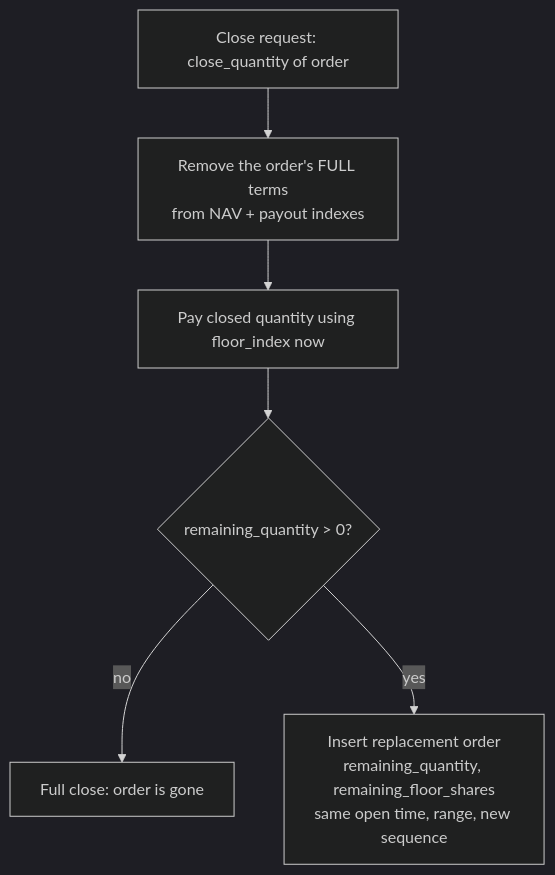
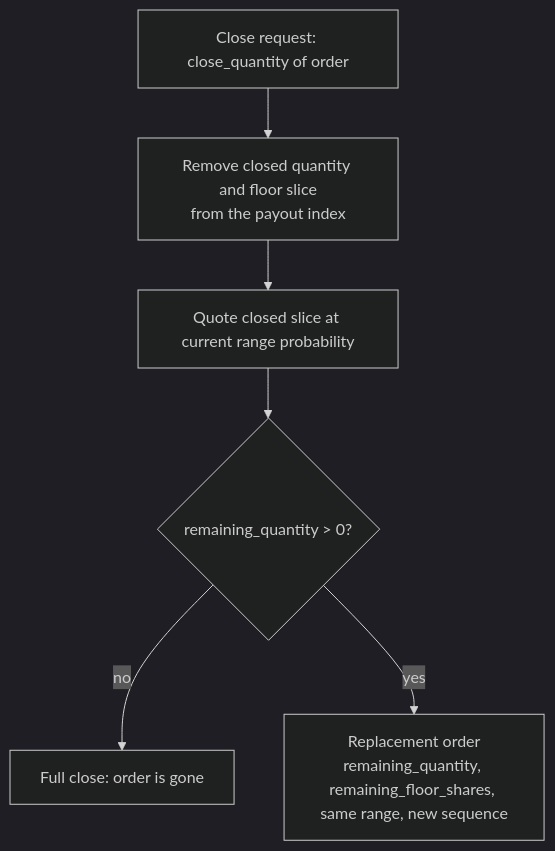
Before and after one commit to MystenLabs/deepbookv3: the diagram in packages/predict/docs/concepts/leverage-and-floor.md, drawn with Mermaid (dark theme). The commit also changed other lines of this file and 26 other files, not shown here.

````diff
--- a/packages/predict/docs/concepts/leverage-and-floor.md
+++ b/packages/predict/docs/concepts/leverage-and-floor.md
@@ -151,8 +195,8 @@
 ```mermaid
 flowchart TD
-    A[Close request: close_quantity of order] --> B[Remove the order's FULL terms<br/>from NAV + payout indexes]
-    B --> C[Pay closed quantity using floor_index now]
+    A[Close request: close_quantity of order] --> B[Remove closed quantity and floor slice<br/>from the payout index]
+    B --> C[Quote closed slice at current range probability]
     C --> D{remaining_quantity > 0?}
     D -- no --> E[Full close: order is gone]
-    D -- yes --> F[Insert replacement order<br/>remaining_quantity, remaining_floor_shares<br/>same open time, range, new sequence]
+    D -- yes --> F[Replacement order<br/>remaining_quantity, remaining_floor_shares, same range, new sequence]
 ```
````
